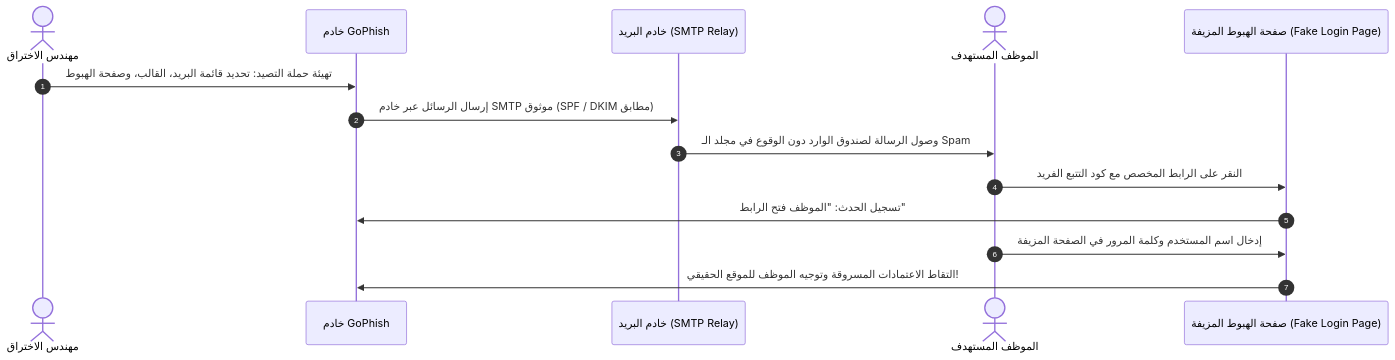
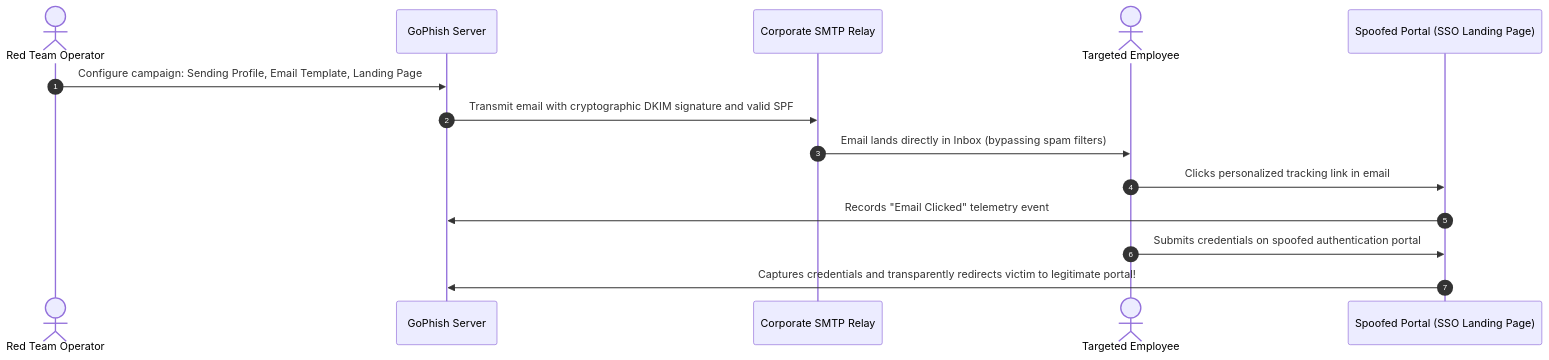
The second of 3 diagrams in _posts/2026-11-12-ecppt-v3-part-9-client-side-attacks.md (3bdo-fathi/3bdo-fathi.github.io), drawn with Mermaid before and after one commit. The commit also changed other lines of this file and 11 other files, not shown here.

````diff
--- a/_posts/2026-11-12-ecppt-v3-part-9-client-side-attacks.md
+++ b/_posts/2026-11-12-ecppt-v3-part-9-client-side-attacks.md
@@ -98,17 +96,17 @@
 ```mermaid
 sequenceDiagram
     autonumber
-    actor RedTeam as مهندس الاختراق
-    participant GoPhish as خادم GoPhish
-    participant MailServer as خادم البريد (SMTP Relay)
-    actor Victim as الموظف المستهدف
-    participant Landing as صفحة الهبوط المزيفة (Fake Login Page)
+    actor RedTeam as Red Team Operator
+    participant GoPhish as GoPhish Server
+    participant SMTP as Corporate SMTP Relay
+    actor Victim as Targeted Employee
+    participant Landing as Spoofed Portal (SSO Landing Page)
     
-    RedTeam->>GoPhish: تهيئة حملة التصيد: تحديد قائمة البريد، القالب، وصفحة الهبوط
-    GoPhish->>MailServer: إرسال الرسائل عبر خادم SMTP موثوق (SPF / DKIM مطابق)
-    MailServer->>Victim: وصول الرسالة لصندوق الوارد دون الوقوع في مجلد الـ Spam
-    Victim->>Landing: النقر على الرابط المخصص مع كود التتبع الفريد
-    Landing->>GoPhish: تسجيل الحدث: "الموظف فتح الرابط"
-    Victim->>Landing: إدخال اسم المستخدم وكلمة المرور في الصفحة المزيفة
-    Landing->>GoPhish: التقاط الاعتمادات المسروقة وتوجيه الموظف للموقع الحقيقي!
+    RedTeam->>GoPhish: Configure campaign: Sending Profile, Email Template, Landing Page
+    GoPhish->>SMTP: Transmit email with cryptographic DKIM signature and valid SPF
+    SMTP->>Victim: Email lands directly in Inbox (bypassing spam filters)
+    Victim->>Landing: Clicks personalized tracking link in email
+    Landing->>GoPhish: Records "Email Clicked" telemetry event
+    Victim->>Landing: Submits credentials on spoofed authentication portal
+    Landing->>GoPhish: Captures credentials and transparently redirects victim to legitimate portal!
 ```
````
